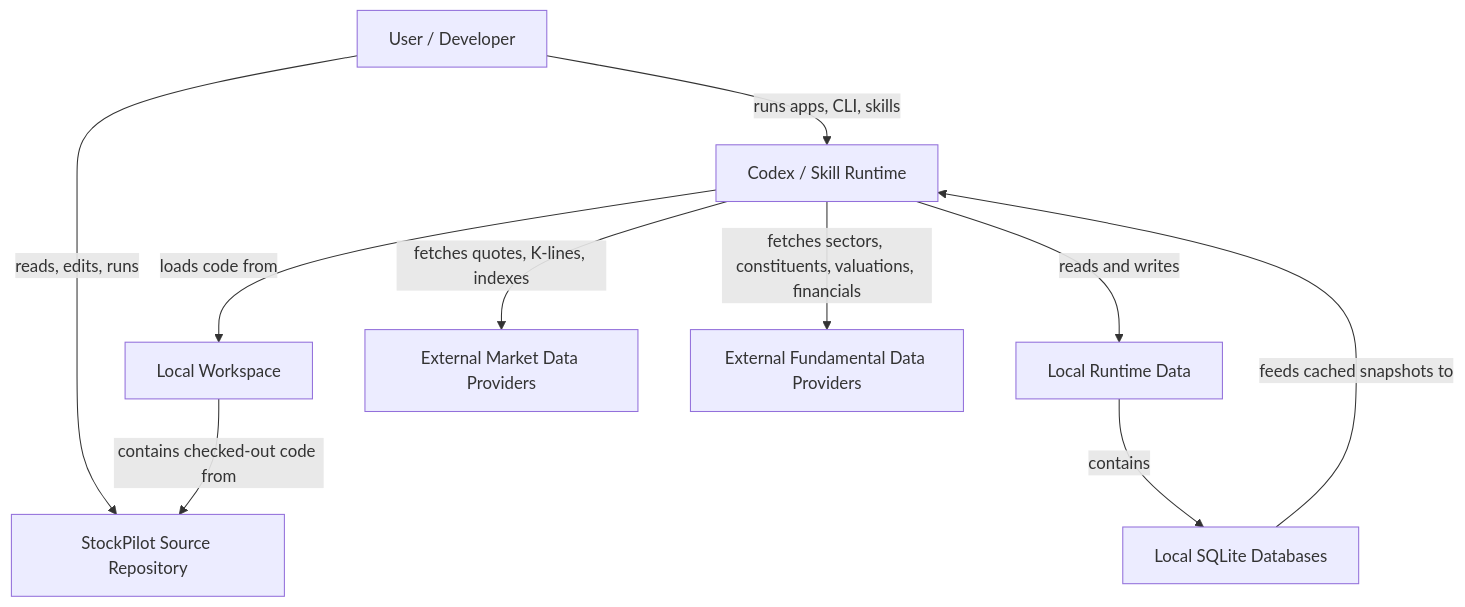
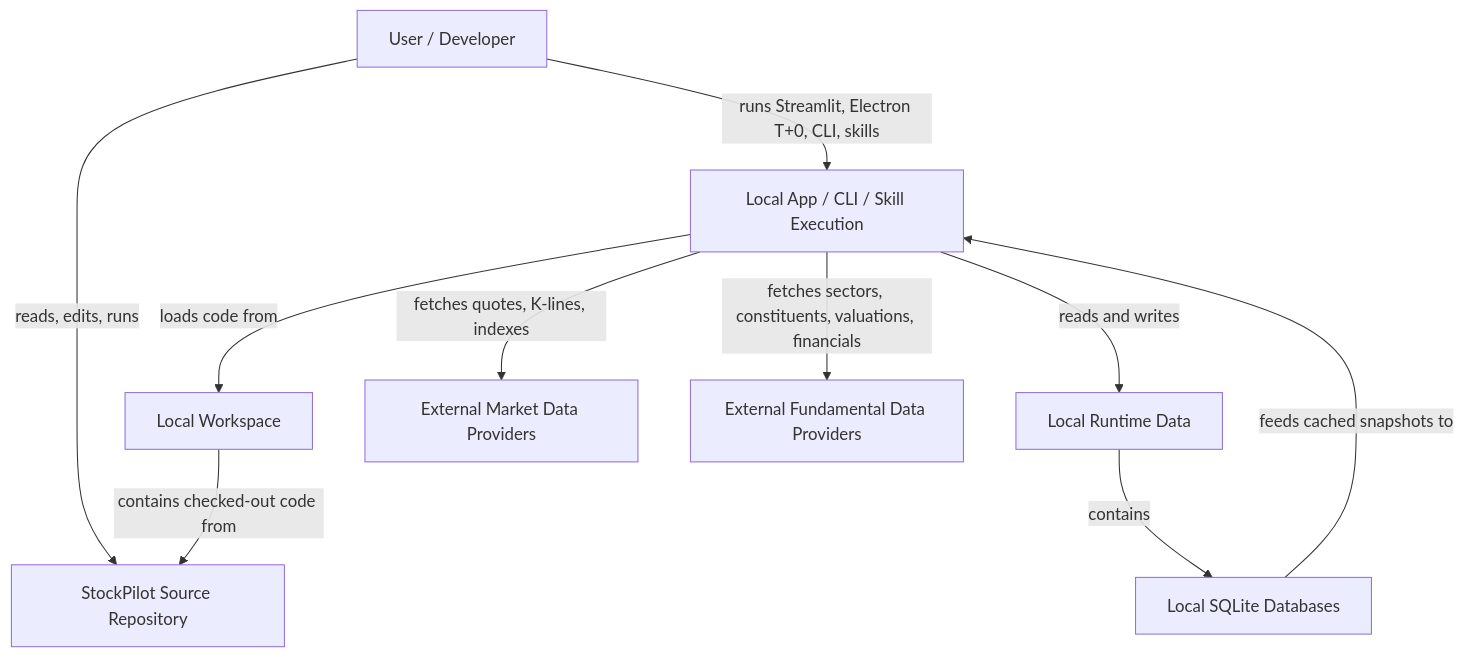
The diagram in docs/architecture/c4-context.md (shenjee/stockpilot), drawn with Mermaid before and after one commit. The commit also changed other lines of this file and 10 other files, not shown here.

````diff
--- a/docs/architecture/c4-context.md
+++ b/docs/architecture/c4-context.md
@@ -14,24 +14,24 @@
 ```mermaid
 graph TD
     User[User / Developer]
-    Runtime[Codex / Skill Runtime]
+    Runtime[Local App / CLI / Skill Execution]
     Repo[StockPilot Source Repository]
     Workspace[Local Workspace]
     RuntimeData[Local Runtime Data]
     SQLite[Local SQLite Databases]
     MarketProviders[External Market Data Providers]
     FundamentalProviders[External Fundamental Data Providers]
 
     User -->|reads, edits, runs| Repo
-    User -->|runs apps, CLI, skills| Runtime
+    User -->|runs Streamlit, Electron T+0, CLI, skills| Runtime
     Runtime -->|loads code from| Workspace
     Workspace -->|contains checked-out code from| Repo
 
     Runtime -->|reads and writes| RuntimeData
     RuntimeData -->|contains| SQLite
 
     Runtime -->|fetches quotes, K-lines, indexes| MarketProviders
     Runtime -->|fetches sectors, constituents, valuations, financials| FundamentalProviders
 
     SQLite -->|feeds cached snapshots to| Runtime
 ```
````
